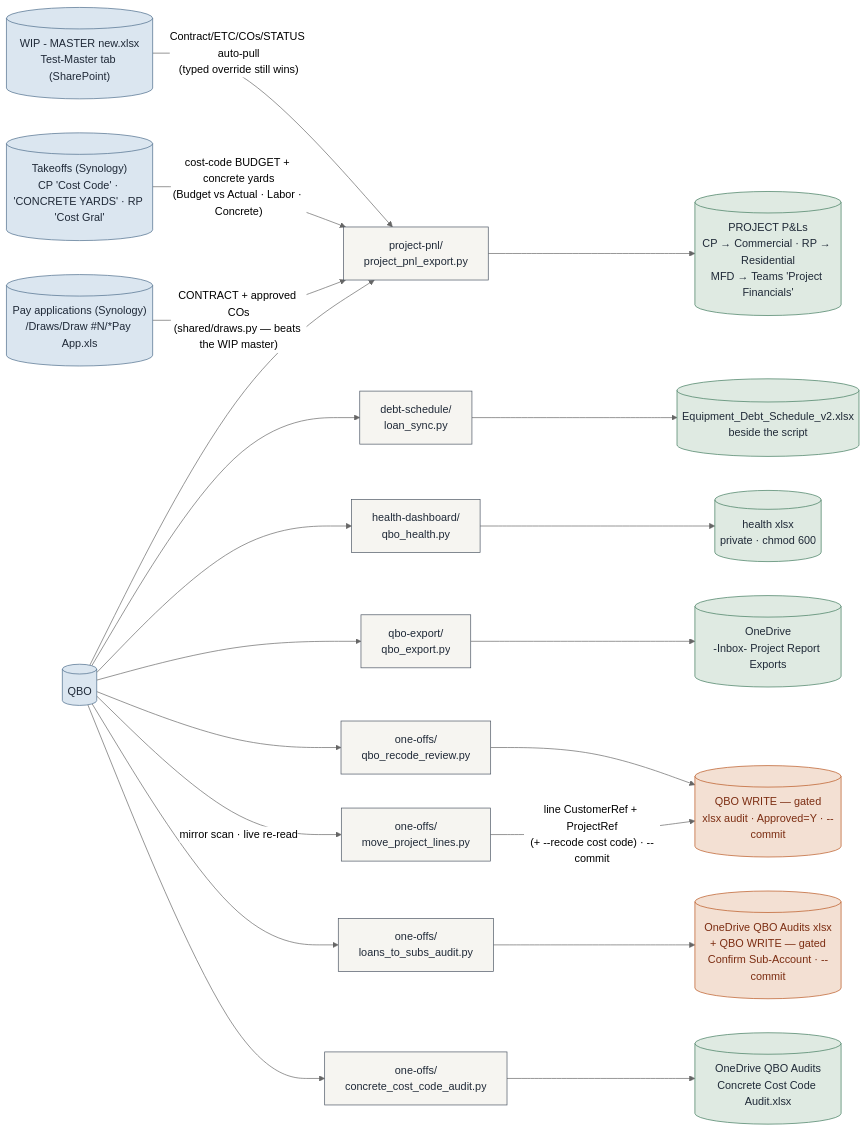
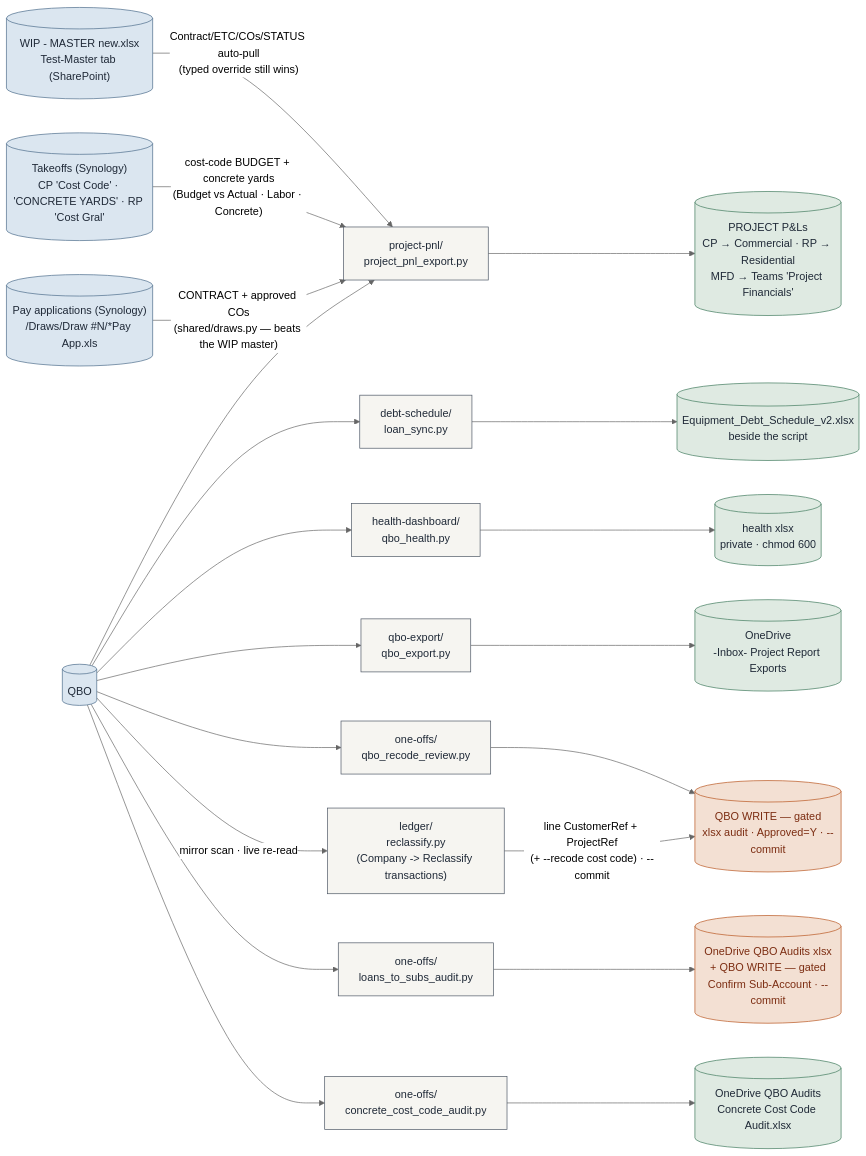
One commit to Ecarlo-Proficient/Claude-Report changed the sixth of 8 diagrams in docs/ARCHITECTURE.md. Above: the diagram before and after it, drawn with Mermaid (neutral theme). The commit also changed other lines of this file and 11 other files, not shown here.

````diff
--- a/docs/ARCHITECTURE.md
+++ b/docs/ARCHITECTURE.md
@@ -845,40 +845,40 @@
 ```mermaid
 flowchart LR
     classDef src fill:#dbe6f0,stroke:#4A6B8A,color:#1f2937
     classDef tool fill:#f6f5f1,stroke:#4b5563,color:#1f2937
     classDef out fill:#dfeae2,stroke:#3E7A5C,color:#1f2937
     classDef gate fill:#f3e0d3,stroke:#B9541E,color:#7c2d12
 
     QBO[("QBO")]:::src
     WIPM[("WIP - MASTER new.xlsx\nTest-Master tab (SharePoint)")]:::src
     TKO[("Takeoffs (Synology)\nCP 'Cost Code' · 'CONCRETE YARDS' · RP 'Cost Gral'")]:::src
     G702[("Pay applications (Synology)\n<CP job>/Draws/Draw #N/*Pay App.xls")]:::src
     PNL["project-pnl/\nproject_pnl_export.py"]:::tool
     LOAN["debt-schedule/\nloan_sync.py"]:::tool
     HEALTH["health-dashboard/\nqbo_health.py"]:::tool
     EXP["qbo-export/\nqbo_export.py"]:::tool
     RECODE["one-offs/\nqbo_recode_review.py"]:::tool
-    MOVEP["one-offs/\nmove_project_lines.py"]:::tool
+    MOVEP["ledger/\nreclassify.py\n(Company -> Reclassify transactions)"]:::tool
     LOANS["one-offs/\nloans_to_subs_audit.py"]:::tool
     CCAUD["one-offs/\nconcrete_cost_code_audit.py"]:::tool
 
     P1[("PROJECT P&Ls\nCP → Commercial · RP → Residential\nMFD → Teams 'Project Financials'")]:::out
     P2[("Equipment_Debt_Schedule_v2.xlsx\nbeside the script")]:::out
     P3[("health xlsx\nprivate · chmod 600")]:::out
     P4[("OneDrive\n-Inbox- Project Report Exports")]:::out
     P5[("QBO WRITE — gated\nxlsx audit · Approved=Y · --commit")]:::gate
     P7[("OneDrive QBO Audits xlsx\n+ QBO WRITE — gated\nConfirm Sub-Account · --commit")]:::gate
     P8[("OneDrive QBO Audits\nConcrete Cost Code Audit.xlsx")]:::out
 
     QBO --> PNL --> P1
     WIPM -->|"Contract/ETC/COs/STATUS auto-pull\n(typed override still wins)"| PNL
     TKO -->|"cost-code BUDGET + concrete yards\n(Budget vs Actual · Labor · Concrete)"| PNL
     G702 -->|"CONTRACT + approved COs\n(shared/draws.py — beats the WIP master)"| PNL
     QBO --> LOAN --> P2
     QBO --> HEALTH --> P3
     QBO --> EXP --> P4
     QBO --> RECODE --> P5
     QBO -->|"mirror scan · live re-read"| MOVEP -->|"line CustomerRef + ProjectRef\n(+ --recode cost code) · --commit"| P5
     QBO --> LOANS --> P7
     QBO --> CCAUD --> P8
 ```
````
